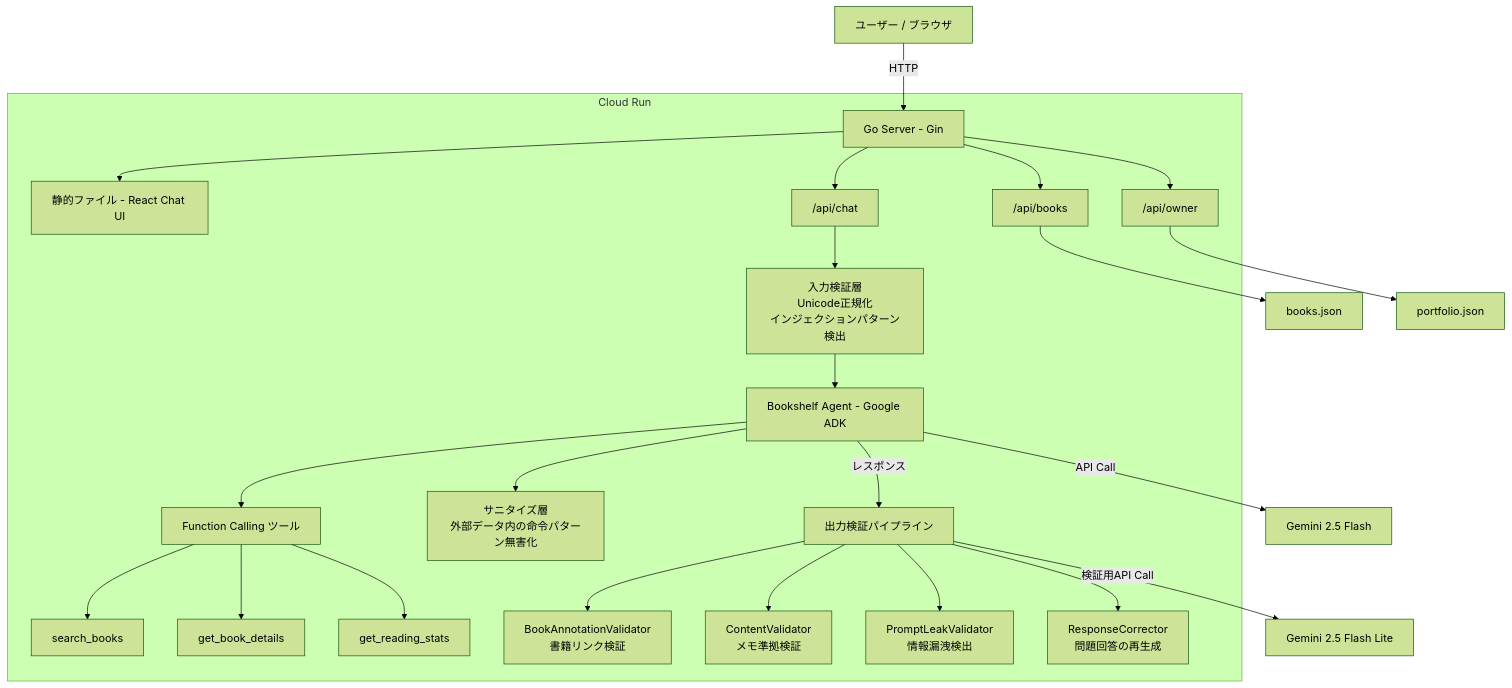
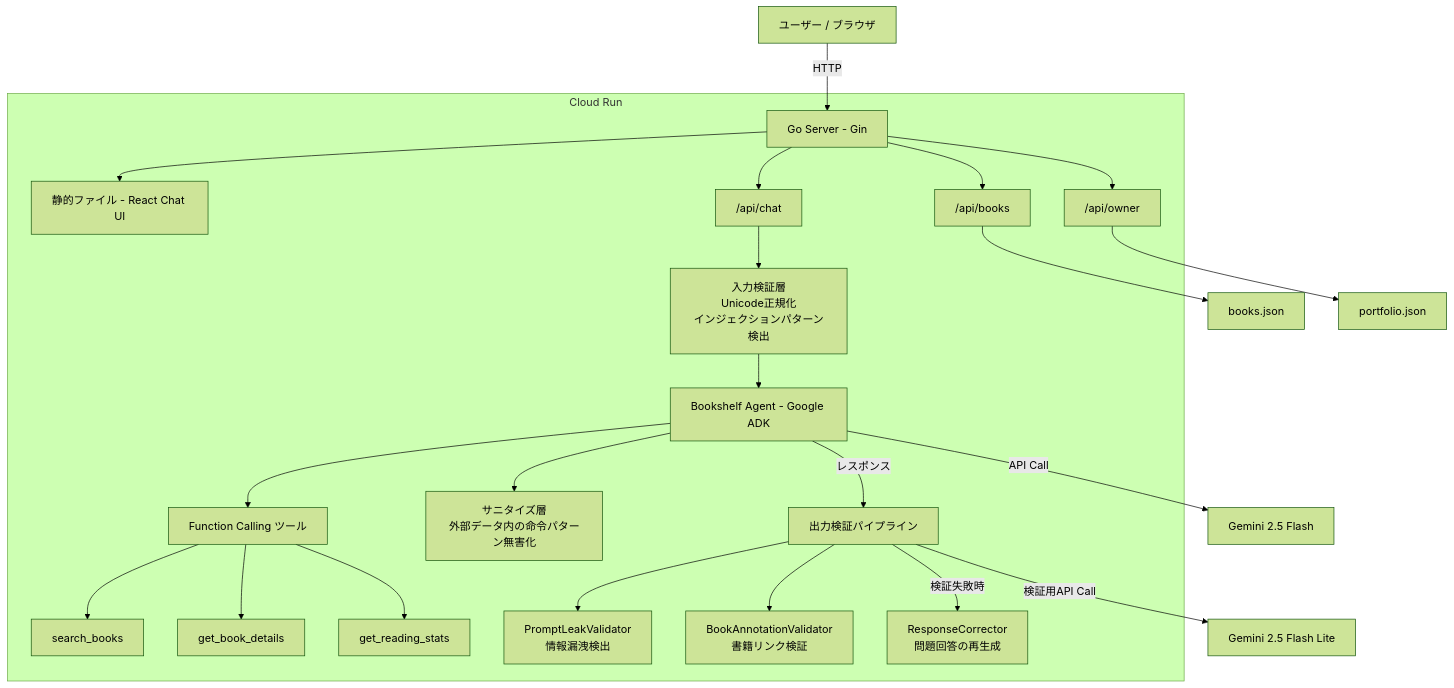
One commit to shusukeO/talking-bookshelf-contest-public changed the diagram in README.md. Above: the diagram before and after it, drawn with Mermaid (forest theme). The commit also changed other lines of this file, not shown here.

````diff
--- a/README.md
+++ b/README.md
@@ -12,29 +12,28 @@
 ```mermaid
 graph TB
     User[ユーザー / ブラウザ] -->|HTTP| Server[Go Server - Gin]
 
     subgraph CloudRun["Cloud Run"]
         Server --> StaticFiles[静的ファイル - React Chat UI]
         Server --> BooksAPI["/api/books"]
         Server --> ChatAPI["/api/chat"]
         Server --> OwnerAPI["/api/owner"]
 
         ChatAPI --> InputValidation[入力検証層<br/>Unicode正規化<br/>インジェクションパターン検出]
         InputValidation --> Agent[Bookshelf Agent - Google ADK]
         Agent --> Tools[Function Calling ツール]
         Tools --> SearchBooks["search_books"]
         Tools --> GetBookDetails["get_book_details"]
         Tools --> GetReadingStats["get_reading_stats"]
         Agent --> Sanitize[サニタイズ層<br/>外部データ内の命令パターン無害化]
         Agent -->|レスポンス| Validation[出力検証パイプライン]
+        Validation --> PromptLeak["PromptLeakValidator<br/>情報漏洩検出"]
         Validation --> BookAnnotation["BookAnnotationValidator<br/>書籍リンク検証"]
-        Validation --> ContentValidator["ContentValidator<br/>メモ準拠検証"]
-        Validation --> PromptLeak["PromptLeakValidator<br/>情報漏洩検出"]
-        Validation --> Corrector["ResponseCorrector<br/>問題回答の再生成"]
+        Validation -->|検証失敗時| Corrector["ResponseCorrector<br/>問題回答の再生成"]
     end
 
     Agent -->|API Call| Gemini["Gemini 2.5 Flash"]
     Validation -->|検証用API Call| GeminiLite["Gemini 2.5 Flash Lite"]
     BooksAPI --> Data["books.json"]
     OwnerAPI --> Portfolio["portfolio.json"]
 ```
````
